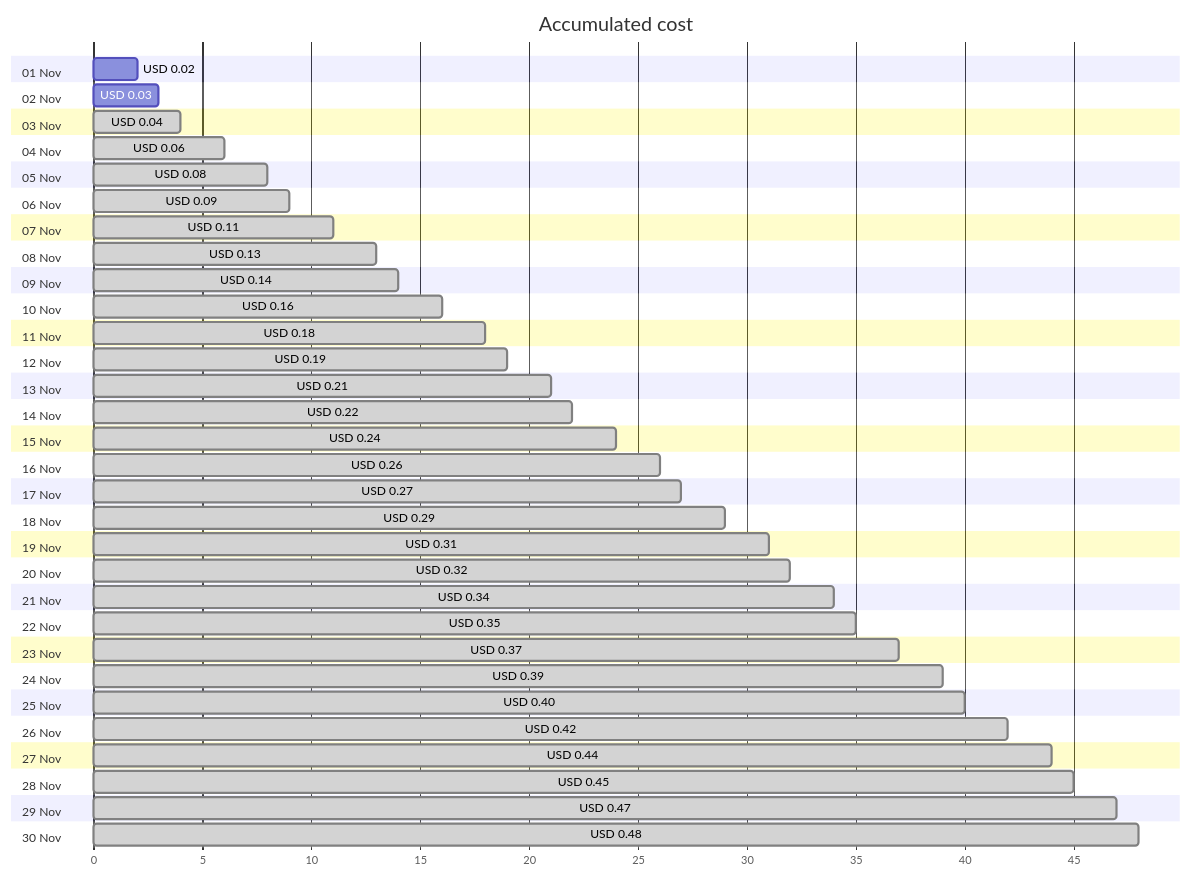
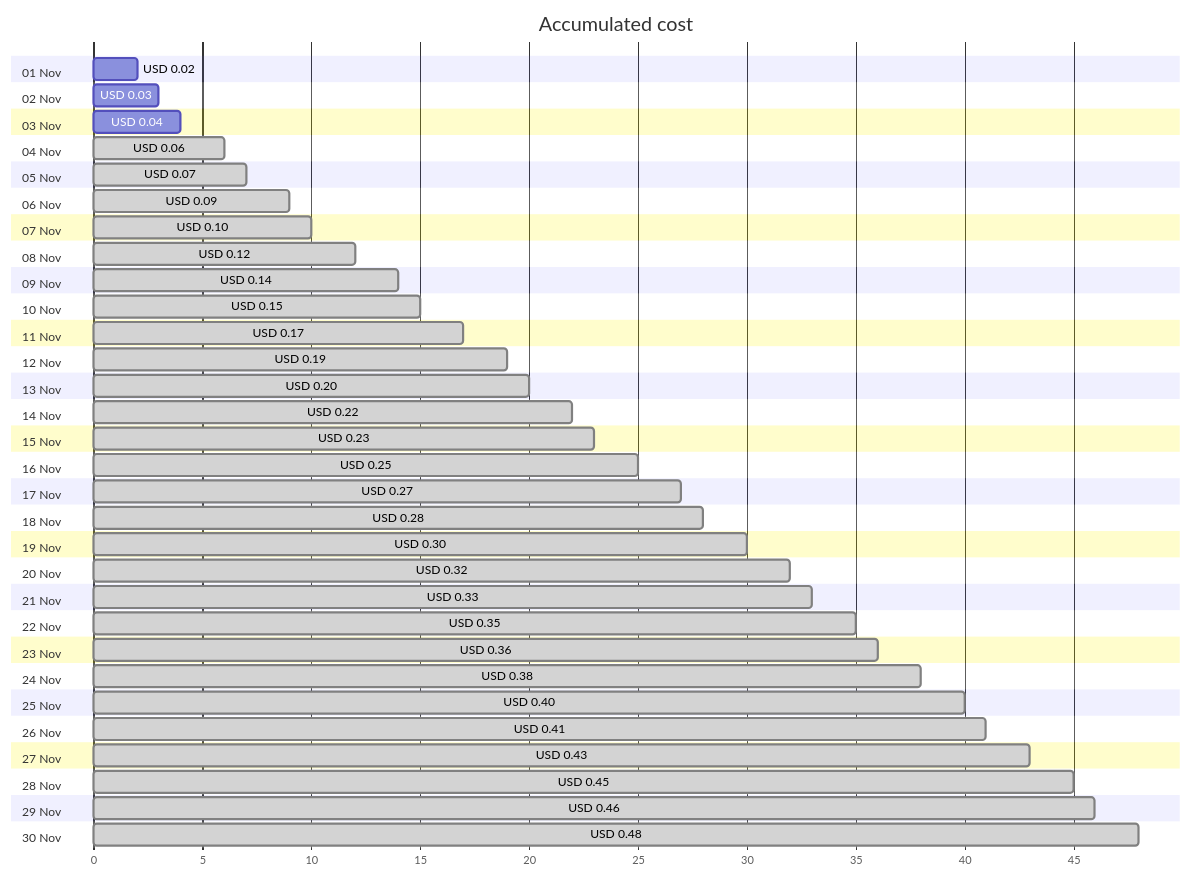
One commit to jpfulton/azure-personal-reports changed the first of 4 diagrams in cost-reports/personal-dns/jpatrickfulton.com.md. Above: the diagram before and after it, drawn with Mermaid. The commit also changed other lines of this file and 2 other files, not shown here.

Commit message:
Generated reports [skip ci]

````diff
--- a/cost-reports/personal-dns/jpatrickfulton.com.md
+++ b/cost-reports/personal-dns/jpatrickfulton.com.md
@@ -20,66 +20,66 @@
 ```mermaid
 gantt
    title Accumulated cost
    dateFormat  X
    axisFormat %s
    section 01 Nov
    USD 0.02 :0, 2
    section 02 Nov
    USD 0.03 :0, 3
    section 03 Nov
-   USD 0.04 : done, 0, 4
+   USD 0.04 :0, 4
    section 04 Nov
    USD 0.06 : done, 0, 6
    section 05 Nov
-   USD 0.08 : done, 0, 8
+   USD 0.07 : done, 0, 7
    section 06 Nov
    USD 0.09 : done, 0, 9
    section 07 Nov
-   USD 0.11 : done, 0, 11
+   USD 0.10 : done, 0, 10
    section 08 Nov
-   USD 0.13 : done, 0, 13
+   USD 0.12 : done, 0, 12
    section 09 Nov
    USD 0.14 : done, 0, 14
    section 10 Nov
-   USD 0.16 : done, 0, 16
+   USD 0.15 : done, 0, 15
    section 11 Nov
-   USD 0.18 : done, 0, 18
+   USD 0.17 : done, 0, 17
    section 12 Nov
    USD 0.19 : done, 0, 19
    section 13 Nov
-   USD 0.21 : done, 0, 21
+   USD 0.20 : done, 0, 20
    section 14 Nov
    USD 0.22 : done, 0, 22
    section 15 Nov
-   USD 0.24 : done, 0, 24
+   USD 0.23 : done, 0, 23
    section 16 Nov
-   USD 0.26 : done, 0, 26
+   USD 0.25 : done, 0, 25
    section 17 Nov
    USD 0.27 : done, 0, 27
    section 18 Nov
-   USD 0.29 : done, 0, 29
+   USD 0.28 : done, 0, 28
    section 19 Nov
-   USD 0.31 : done, 0, 31
+   USD 0.30 : done, 0, 30
    section 20 Nov
    USD 0.32 : done, 0, 32
    section 21 Nov
-   USD 0.34 : done, 0, 34
+   USD 0.33 : done, 0, 33
    section 22 Nov
    USD 0.35 : done, 0, 35
    section 23 Nov
-   USD 0.37 : done, 0, 37
+   USD 0.36 : done, 0, 36
    section 24 Nov
-   USD 0.39 : done, 0, 39
+   USD 0.38 : done, 0, 38
    section 25 Nov
    USD 0.40 : done, 0, 40
    section 26 Nov
-   USD 0.42 : done, 0, 42
+   USD 0.41 : done, 0, 41
    section 27 Nov
-   USD 0.44 : done, 0, 44
+   USD 0.43 : done, 0, 43
    section 28 Nov
    USD 0.45 : done, 0, 45
    section 29 Nov
-   USD 0.47 : done, 0, 47
+   USD 0.46 : done, 0, 46
    section 30 Nov
    USD 0.48 : done, 0, 48
 ```
````
